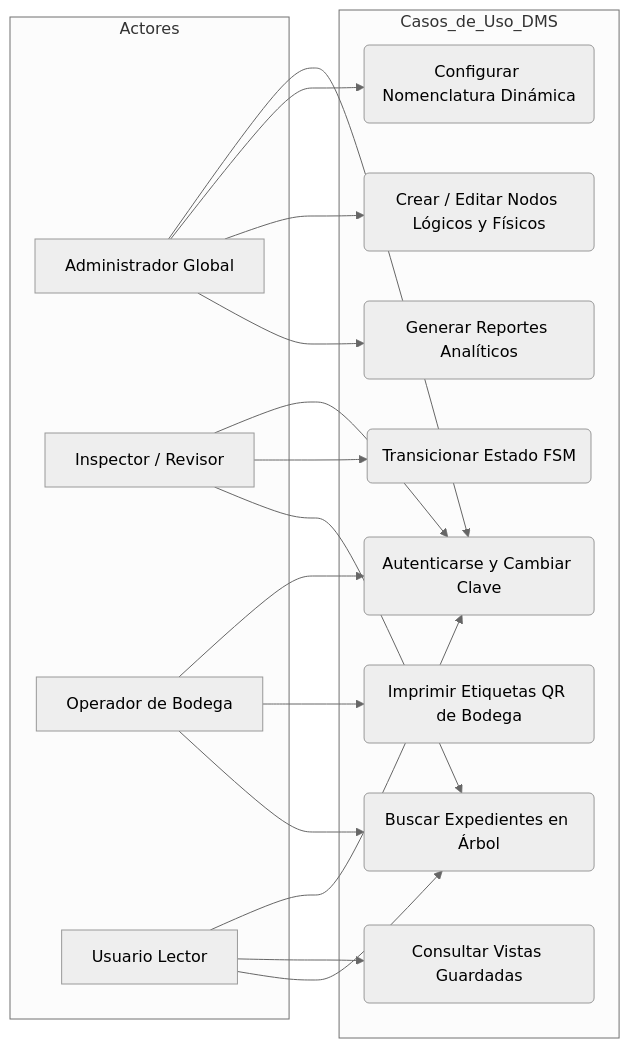
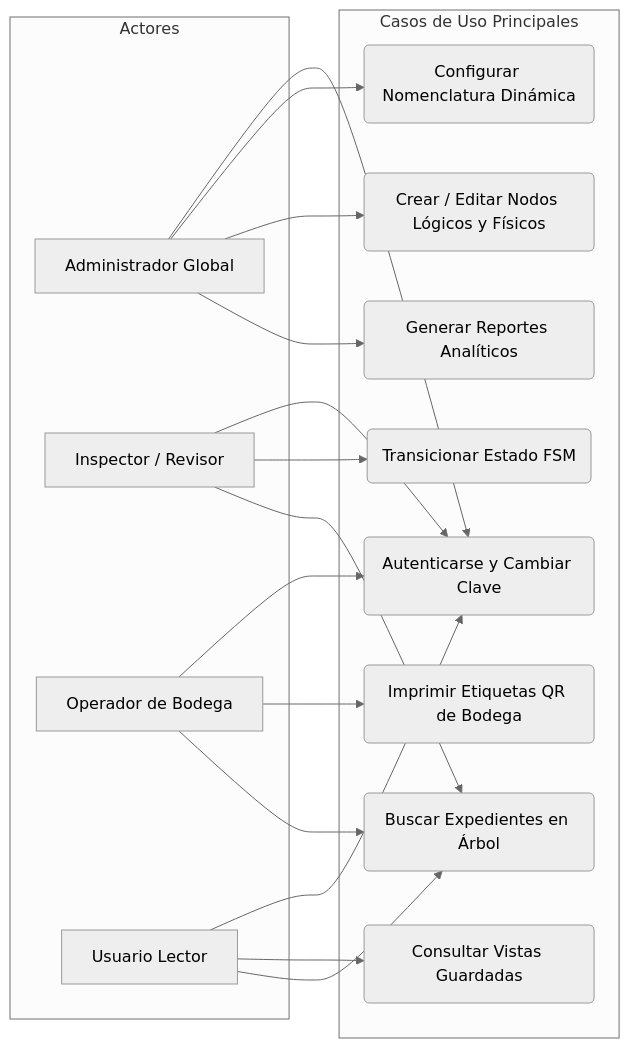
Before and after one commit to 4R13L-D3NY5/archi-vite: the sixth of 16 diagrams in informe_final_proyecto_grado.md, drawn with Mermaid (neutral theme). The commit also changed other lines of this file and 49 other files, not shown here.

````diff
--- a/informe_final_proyecto_grado.md
+++ b/informe_final_proyecto_grado.md
@@ -730,37 +556,37 @@
 ```mermaid
 graph LR
     subgraph Actores
-        ADM[Administrador Global]
-        INS[Inspector / Revisor]
-        OPB[Operador de Bodega]
-        USR[Usuario Lector]
+        ADM["Administrador Global"]
+        INS["Inspector / Revisor"]
+        OPB["Operador de Bodega"]
+        USR["Usuario Lector"]
     end
 
-    subgraph Casos_de_Uso_DMS
-        UC1(Autenticarse y Cambiar Clave)
-        UC2(Configurar Nomenclatura Dinámica)
-        UC3(Crear / Editar Nodos Lógicos y Físicos)
-        UC4(Transicionar Estado FSM)
-        UC5(Imprimir Etiquetas QR de Bodega)
-        UC6(Consultar Vistas Guardadas)
-        UC7(Generar Reportes Analíticos)
-        UC8(Buscar Expedientes en Árbol)
+    subgraph Casos_de_Uso_DMS ["Casos de Uso Principales"]
+        UC1("Autenticarse y Cambiar Clave")
+        UC2("Configurar Nomenclatura Dinámica")
+        UC3("Crear / Editar Nodos Lógicos y Físicos")
+        UC4("Transicionar Estado FSM")
+        UC5("Imprimir Etiquetas QR de Bodega")
+        UC6("Consultar Vistas Guardadas")
+        UC7("Generar Reportes Analíticos")
+        UC8("Buscar Expedientes en Árbol")
     end
 
     ADM --> UC1
     ADM --> UC2
     ADM --> UC3
     ADM --> UC7
     
     INS --> UC1
     INS --> UC4
     INS --> UC8
     
     OPB --> UC1
     OPB --> UC5
     OPB --> UC8
     
     USR --> UC1
     USR --> UC6
     USR --> UC8
 ```
````
